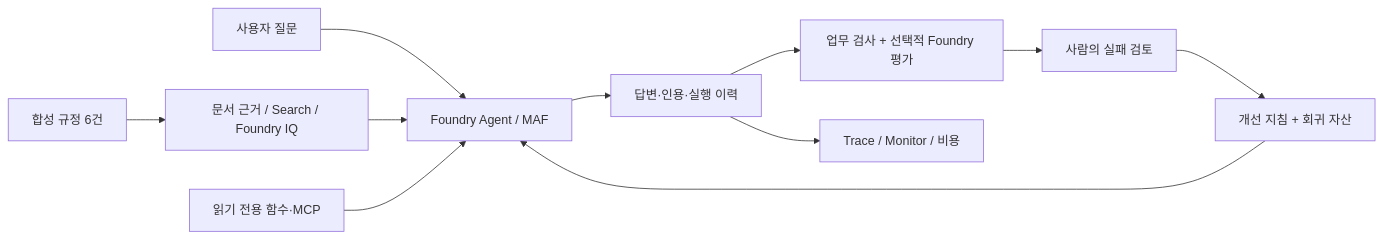
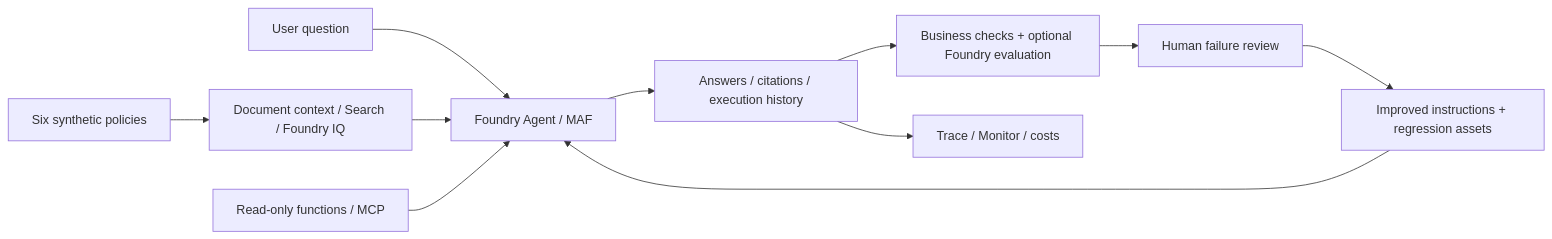
One commit to junwoojeong100/microsoft-foundry-v2-labs changed the diagram in README.md. Above: the diagram before and after it, drawn with Mermaid. The commit also changed other lines of this file and 68 other files, not shown here.

````diff
--- a/README.md
+++ b/README.md
@@ -46,13 +53,13 @@
 ```mermaid
 flowchart LR
-    U["사용자 질문"] --> A["Foundry Agent / MAF"]
-    K["합성 규정 6건"] --> R["문서 근거 / Search / Foundry IQ"]
+    U["User question"] --> A["Foundry Agent / MAF"]
+    K["Six synthetic policies"] --> R["Document context / Search / Foundry IQ"]
     R --> A
-    T["읽기 전용 함수·MCP"] --> A
-    A --> E["답변·인용·실행 이력"]
-    E --> V["업무 검사 + 선택적 Foundry 평가"]
-    V --> H["사람의 실패 검토"]
-    H --> P["개선 지침 + 회귀 자산"]
+    T["Read-only functions / MCP"] --> A
+    A --> E["Answers / citations / execution history"]
+    E --> V["Business checks + optional Foundry evaluation"]
+    V --> H["Human failure review"]
+    H --> P["Improved instructions + regression assets"]
     P --> A
-    E --> O["Trace / Monitor / 비용"]
+    E --> O["Trace / Monitor / costs"]
 ```
````
